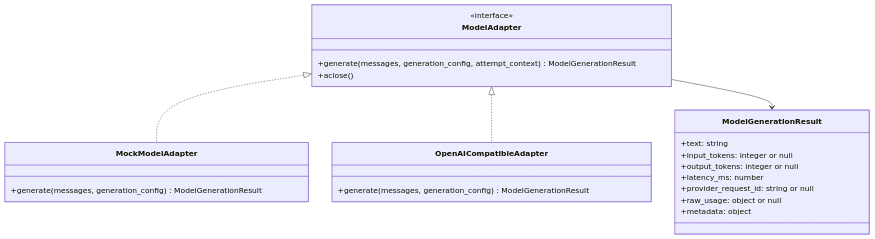
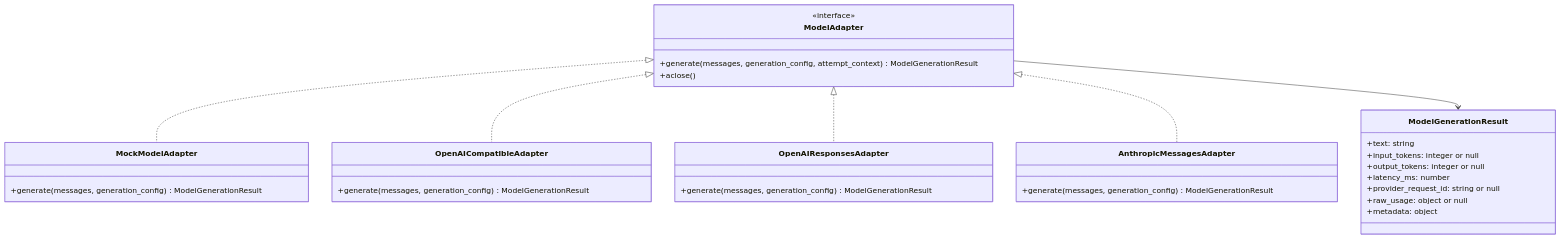
The fifth of 7 diagrams in docs/ARCHITECTURE.md (CWNU-Open-Source-Community/LLMBenchLab), drawn with Mermaid before and after one commit. The commit also changed other lines of this file and 58 other files, not shown here.

````diff
--- a/docs/ARCHITECTURE.md
+++ b/docs/ARCHITECTURE.md
@@ -298,27 +298,35 @@
 ```mermaid
 classDiagram
     class ModelAdapter {
         <<interface>>
         +generate(messages, generation_config, attempt_context) ModelGenerationResult
         +aclose()
     }
     class MockModelAdapter {
         +generate(messages, generation_config) ModelGenerationResult
     }
     class OpenAICompatibleAdapter {
+        +generate(messages, generation_config) ModelGenerationResult
+    }
+    class OpenAIResponsesAdapter {
+        +generate(messages, generation_config) ModelGenerationResult
+    }
+    class AnthropicMessagesAdapter {
         +generate(messages, generation_config) ModelGenerationResult
     }
     class ModelGenerationResult {
         +text: string
         +input_tokens: integer or null
         +output_tokens: integer or null
         +latency_ms: number
         +provider_request_id: string or null
         +raw_usage: object or null
         +metadata: object
     }
 
     ModelAdapter <|.. MockModelAdapter
     ModelAdapter <|.. OpenAICompatibleAdapter
+    ModelAdapter <|.. OpenAIResponsesAdapter
+    ModelAdapter <|.. AnthropicMessagesAdapter
     ModelAdapter --> ModelGenerationResult
 ```
````
